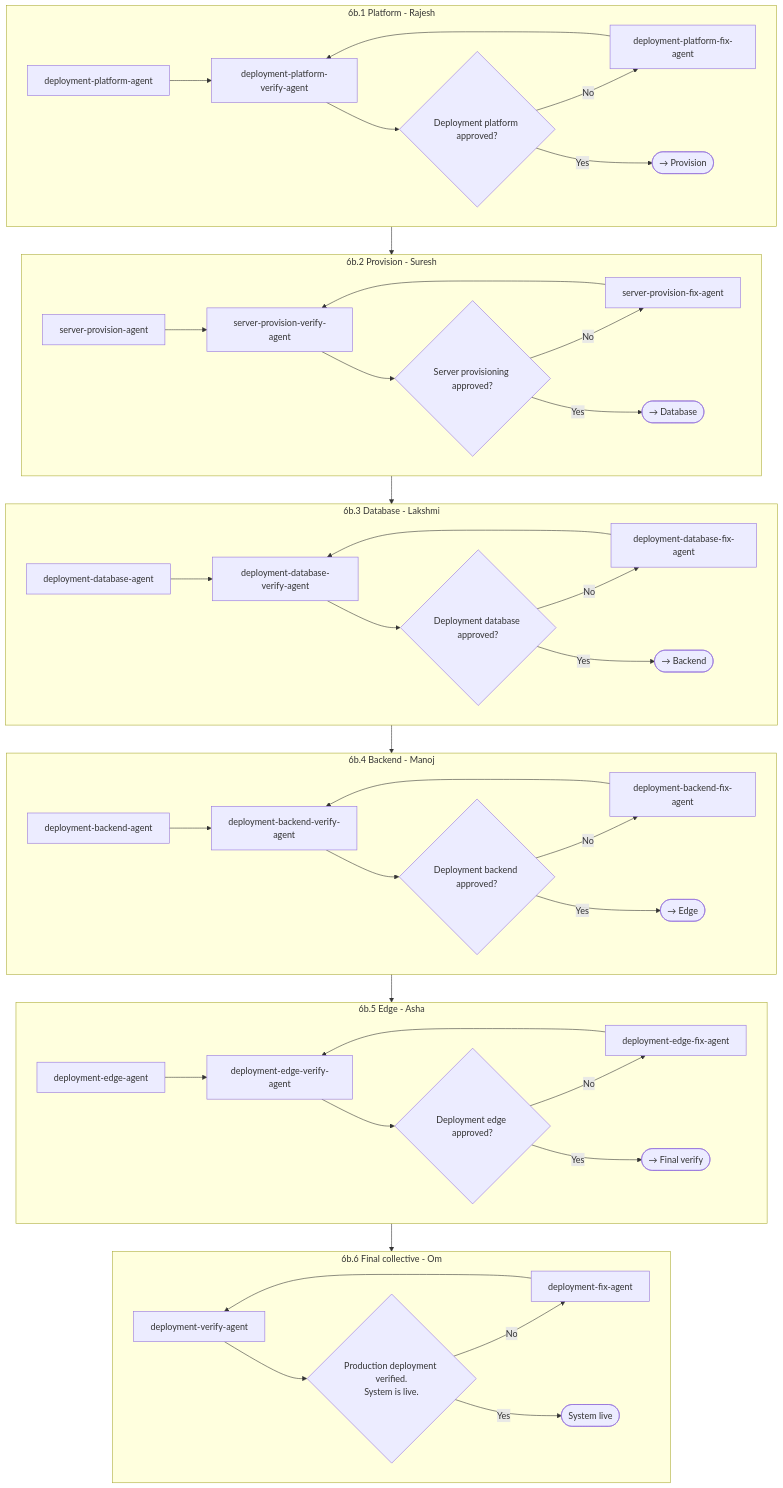
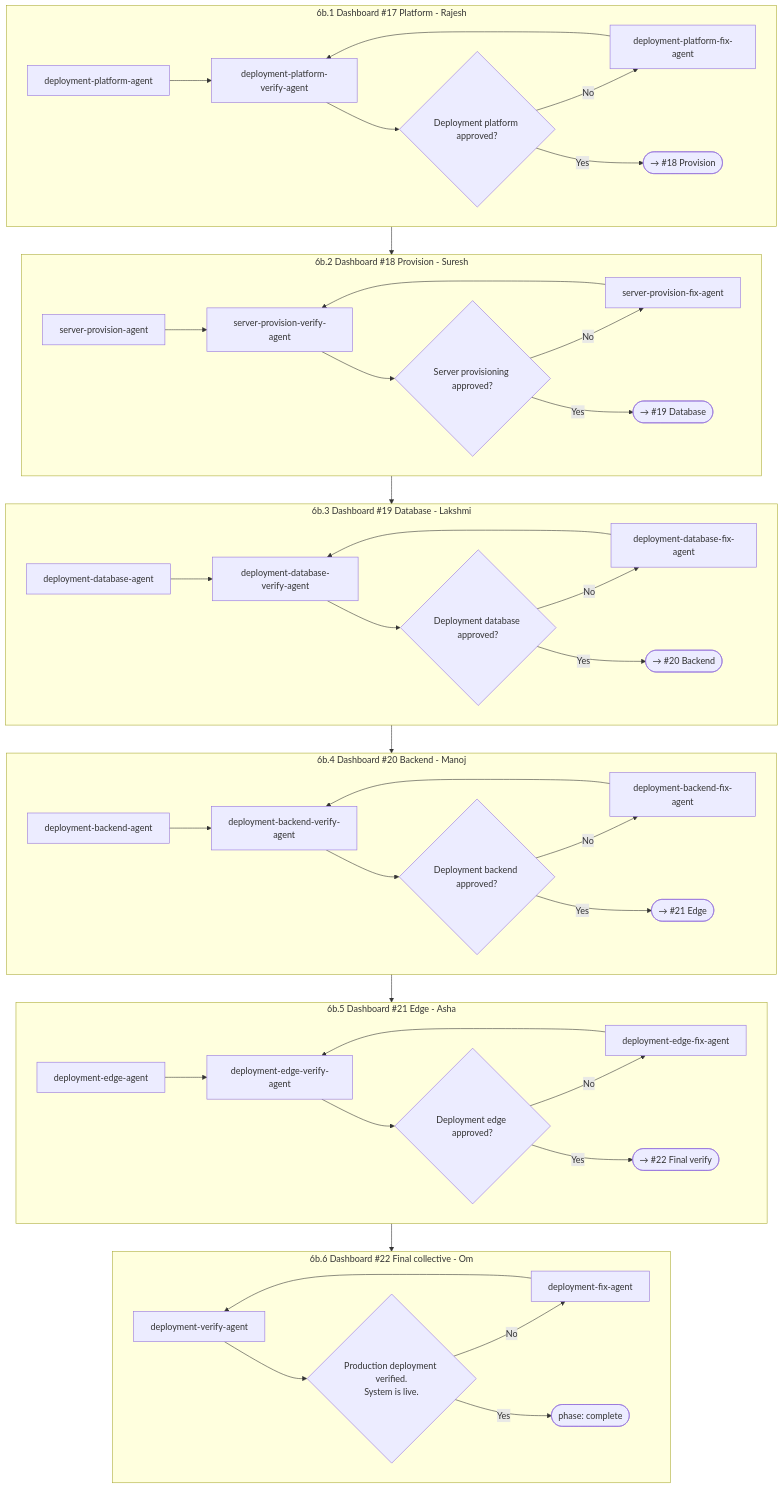
Diagram 20 of 25 in .cursor/agents/ARCHITECTURE.md (priyam-qo-box/agents), drawn with Mermaid before and after one commit. The commit also changed other lines of this file and 4 other files, not shown here.

````diff
--- a/.cursor/agents/ARCHITECTURE.md
+++ b/.cursor/agents/ARCHITECTURE.md
@@ -690,45 +809,45 @@
 ```mermaid
 flowchart TB
-    subgraph L1 [6b.1 Platform - Rajesh]
+    subgraph L1 [6b.1 Dashboard #17 Platform - Rajesh]
         direction LR
         G1[deployment-platform-agent] --> V1[deployment-platform-verify-agent]
         V1 --> C1{"Deployment platform approved?"}
         C1 -->|No| F1[deployment-platform-fix-agent] --> V1
-        C1 -->|Yes| Next1([→ Provision])
+        C1 -->|Yes| Next1([→ #18 Provision])
     end
-    subgraph L2 [6b.2 Provision - Suresh]
+    subgraph L2 [6b.2 Dashboard #18 Provision - Suresh]
         direction LR
         G2[server-provision-agent] --> V2[server-provision-verify-agent]
         V2 --> C2{"Server provisioning approved?"}
         C2 -->|No| F2[server-provision-fix-agent] --> V2
-        C2 -->|Yes| Next2([→ Database])
+        C2 -->|Yes| Next2([→ #19 Database])
     end
-    subgraph L3 [6b.3 Database - Lakshmi]
+    subgraph L3 [6b.3 Dashboard #19 Database - Lakshmi]
         direction LR
         G3[deployment-database-agent] --> V3[deployment-database-verify-agent]
         V3 --> C3{"Deployment database approved?"}
         C3 -->|No| F3[deployment-database-fix-agent] --> V3
-        C3 -->|Yes| Next3([→ Backend])
+        C3 -->|Yes| Next3([→ #20 Backend])
     end
-    subgraph L4 [6b.4 Backend - Manoj]
+    subgraph L4 [6b.4 Dashboard #20 Backend - Manoj]
         direction LR
         G4[deployment-backend-agent] --> V4[deployment-backend-verify-agent]
         V4 --> C4{"Deployment backend approved?"}
         C4 -->|No| F4[deployment-backend-fix-agent] --> V4
-        C4 -->|Yes| Next4([→ Edge])
+        C4 -->|Yes| Next4([→ #21 Edge])
     end
-    subgraph L5 [6b.5 Edge - Asha]
+    subgraph L5 [6b.5 Dashboard #21 Edge - Asha]
         direction LR
         G5[deployment-edge-agent] --> V5[deployment-edge-verify-agent]
         V5 --> C5{"Deployment edge approved?"}
         C5 -->|No| F5[deployment-edge-fix-agent] --> V5
-        C5 -->|Yes| Next5([→ Final verify])
+        C5 -->|Yes| Next5([→ #22 Final verify])
     end
-    subgraph L6 [6b.6 Final collective - Om]
+    subgraph L6 [6b.6 Dashboard #22 Final collective - Om]
         direction LR
         V6[deployment-verify-agent] --> C6{"Production deployment verified.<br/>System is live."}
         C6 -->|No| F6[deployment-fix-agent] --> V6
-        C6 -->|Yes| Live([System live])
+        C6 -->|Yes| Live([phase: complete])
     end
     L1 --> L2 --> L3 --> L4 --> L5 --> L6
 ```
````
